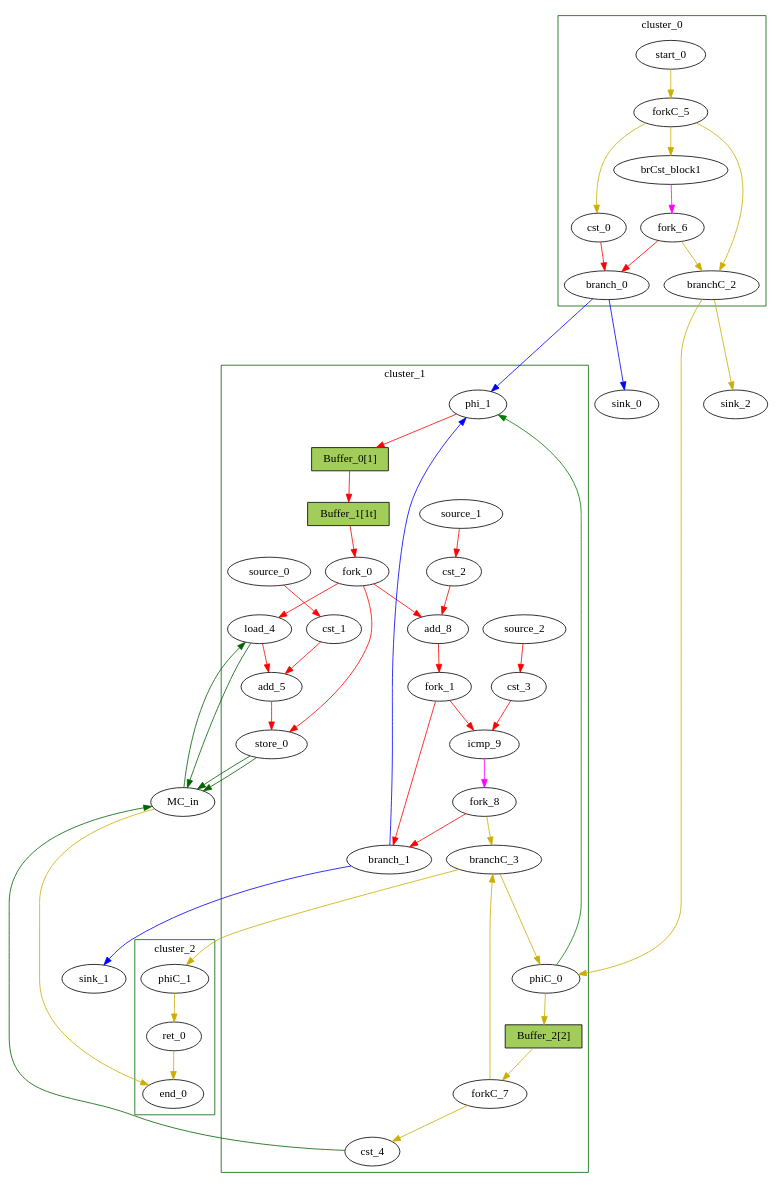
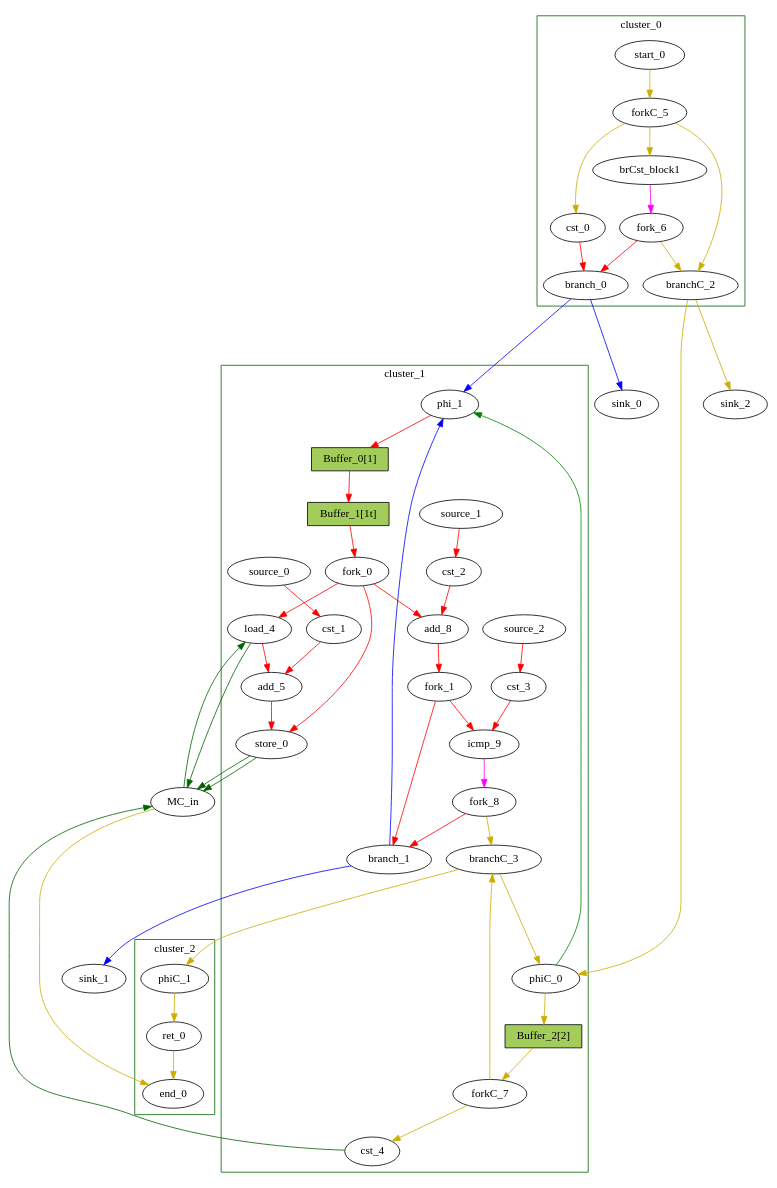
Before and after one commit to Nozidoali/MapBuf: the diagram in RegressionTest/BestResults/invertion/invertion_milp.dot, drawn with Graphviz. The commit also changed 6 other files, not shown here.

```diff
--- a/RegressionTest/BestResults/invertion/invertion_milp.dot
+++ b/RegressionTest/BestResults/invertion/invertion_milp.dot
@@ -1,101 +1,101 @@
 Digraph G {
 	splines=spline;
-	subgraph cluster_cluster_0 {
-	color = "darkgreen";
-label = "cluster_0";
-		"brCst_block1" [type="Constant", in="in1:1", out="out1:1", bbID=1, value="0x1"];
-		"cst_0" [type="Constant", in="in1:1", out="out1:1", bbID=1, value="0x00000000"];
-		"branch_0" [type="Branch", in="in1:1 in2?:1", out="out1+:1 out2-:1", bbID=1];
-		"start_0" [type="Entry", in="in1:0", out="out1:0", bbID=1, control="true"];
-		"forkC_5" [type="Fork", in="in1:0", out="out1:0 out2:0 out3:0 ", bbID=1];
-		"branchC_2" [type="Branch", in="in1:0 in2?:1", out="out1+:0 out2-:0", bbID=1];
-		"fork_6" [type="Fork", in="in1:1", out="out1:1 out2:1 ", bbID=1];
-	}
 	subgraph cluster_cluster_1 {
 	color = "darkgreen";
 label = "cluster_1";
 		"phi_1" [type="Mux", in="in1?:1 in2:10 in3:10 ", out="out1:10", bbID=2, delay=1.397];
 		"load_4" [type="Operator", in="in1:32 in2:10 ", out="out1:32 out2:10 ", bbID=2, II=1, delay=1.412, latency=2, op="mc_load_op", portId=0];
 		"cst_1" [type="Constant", in="in1:32", out="out1:32", bbID=2, value="0xFFFFFFFF"];
 		"add_5" [type="Operator", in="in1:32 in2:32 ", out="out1:32 ", bbID=2, II=1, delay=2.287, latency=0, op="add_op"];
 		"store_0" [type="Operator", in="in1:32 in2:10 ", out="out1:32 out2:10 ", bbID=2, II=1, delay=0.672, latency=0, op="mc_store_op", portId=0];
 		"cst_2" [type="Constant", in="in1:1", out="out1:1", bbID=2, value="0x00000001"];
 		"add_8" [type="Operator", in="in1:10 in2:10 ", out="out1:10 ", bbID=2, II=1, delay=2.287, latency=0, op="add_op"];
 		"cst_3" [type="Constant", in="in1:10", out="out1:10", bbID=2, value="0x000003E9"];
 		"icmp_9" [type="Operator", in="in1:10 in2:10 ", out="out1:1 ", bbID=2, II=1, delay=1.907, latency=0, op="icmp_ult_op"];
 		"fork_0" [type="Fork", in="in1:10", out="out1:10 out2:10 out3:10 ", bbID=2];
 		"fork_1" [type="Fork", in="in1:10", out="out1:10 out2:10 ", bbID=2];
 		"branch_1" [type="Branch", in="in1:10 in2?:1", out="out1+:10 out2-:10", bbID=2];
 		"cst_4" [type="Constant", in="in1:1", out="out1:1", bbID=2, value="0x00000001"];
 		"phiC_0" [type="CntrlMerge", in="in1:0 in2:0 ", out="out1:0 out2?:1", bbID=2, delay=0.0];
 		"forkC_7" [type="Fork", in="in1:0", out="out1:0 out2:0 ", bbID=2];
 		"branchC_3" [type="Branch", in="in1:0 in2?:1", out="out1+:0 out2-:0", bbID=2];
 		"fork_8" [type="Fork", in="in1:1", out="out1:1 out2:1 ", bbID=2];
 		"source_0" [type="Source", out="out1:32", bbID=2];
 		"source_1" [type="Source", out="out1:1", bbID=2];
 		"source_2" [type="Source", out="out1:10", bbID=2];
-		"Buffer_0" [type="Buffer", in="in1:32", out="out1:32", bbID=3, fillcolor="darkolivegreen3", height=0.4, label="Buffer_0[1]", shape="box", slots=1, style="filled", transparent="false"];
-		"Buffer_1" [type="Buffer", in="in1:32", out="out1:32", bbID=3, fillcolor="darkolivegreen3", height=0.4, label="Buffer_1[1t]", shape="box", slots=1, style="filled", transparent="true"];
-		"Buffer_2" [type="Buffer", in="in1:32", out="out1:32", bbID=3, fillcolor="darkolivegreen3", height=0.4, label="Buffer_2[2]", shape="box", slots=2, style="filled", transparent="false"];
+		"Buffer_0" [type="Buffer", in="in1:32", out="out1:32", bbID=3, slots=1, transparent=false, label="Buffer_0[1]", shape="box", style="filled", fillcolor="darkolivegreen3", height=0.4];
+		"Buffer_1" [type="Buffer", in="in1:32", out="out1:32", bbID=3, slots=1, transparent=true, label="Buffer_1[1t]", shape="box", style="filled", fillcolor="darkolivegreen3", height=0.4];
+		"Buffer_2" [type="Buffer", in="in1:32", out="out1:32", bbID=3, slots=2, transparent=false, label="Buffer_2[2]", shape="box", style="filled", fillcolor="darkolivegreen3", height=0.4];
 	}
 	subgraph cluster_cluster_2 {
 	color = "darkgreen";
 label = "cluster_2";
 		"ret_0" [type="Operator", in="in1:0 ", out="out1:0 ", bbID=3, II=1, delay=0.0, latency=0, op="ret_op"];
 		"end_0" [type="Exit", in="in1:0*e in2:0 ", out="out1:0", bbID=0];
 		"phiC_1" [type="Merge", in="in1:0 ", out="out1:0", bbID=3, delay=0.0];
+	}
+	subgraph cluster_cluster_0 {
+	color = "darkgreen";
+label = "cluster_0";
+		"brCst_block1" [type="Constant", in="in1:1", out="out1:1", bbID=1, value="0x1"];
+		"cst_0" [type="Constant", in="in1:1", out="out1:1", bbID=1, value="0x00000000"];
+		"branch_0" [type="Branch", in="in1:1 in2?:1", out="out1+:1 out2-:1", bbID=1];
+		"start_0" [type="Entry", in="in1:0", out="out1:0", bbID=1, control="true"];
+		"forkC_5" [type="Fork", in="in1:0", out="out1:0 out2:0 out3:0 ", bbID=1];
+		"branchC_2" [type="Branch", in="in1:0 in2?:1", out="out1+:0 out2-:0", bbID=1];
+		"fork_6" [type="Fork", in="in1:1", out="out1:1 out2:1 ", bbID=1];
 	}
 		"MC_in" [type="MC", in="in1:32*c0 in2:10*l0a in3:10*s0a in4:32*s0d ", out="out1:32*l0d out2:0*e ", bbID=0, bbcount=1, ldcount=1, memory="in", stcount=1];
 		"sink_0" [type="Sink", in="in1:1", bbID=0];
 		"sink_1" [type="Sink", in="in1:10", bbID=0];
 		"sink_2" [type="Sink", in="in1:0", bbID=0];
 		"brCst_block1" -> "fork_6" [color = "magenta", from = "out1", to = "in1"];
 		"cst_0" -> "branch_0" [color = "red", from = "out1", to = "in1"];
 		"phi_1" -> "Buffer_0" [color = "red", from = "out1", to = "in1"];
 		"load_4" -> "add_5" [color = "red", from = "out1", to = "in1"];
 		"load_4" -> "MC_in" [color = "darkgreen", mem_address = "true", from = "out2", to = "in2"];
 		"cst_1" -> "add_5" [color = "red", from = "out1", to = "in2"];
 		"add_5" -> "store_0" [color = "red", from = "out1", to = "in1"];
 		"store_0" -> "MC_in" [color = "darkgreen", mem_address = "true", from = "out2", to = "in3"];
 		"store_0" -> "MC_in" [color = "darkgreen", mem_address = "false", from = "out1", to = "in4"];
 		"cst_2" -> "add_8" [color = "red", from = "out1", to = "in2"];
 		"add_8" -> "fork_1" [color = "red", from = "out1", to = "in1"];
 		"cst_3" -> "icmp_9" [color = "red", from = "out1", to = "in2"];
 		"icmp_9" -> "fork_8" [color = "magenta", from = "out1", to = "in1"];
 		"ret_0" -> "end_0" [color = "gold3", from = "out1", to = "in2"];
 		"fork_0" -> "load_4" [color = "red", from = "out2", to = "in2"];
 		"fork_0" -> "store_0" [color = "red", from = "out3", to = "in2"];
 		"fork_0" -> "add_8" [color = "red", from = "out1", to = "in1"];
 		"fork_1" -> "icmp_9" [color = "red", from = "out1", to = "in1"];
 		"fork_1" -> "branch_1" [color = "red", from = "out2", to = "in1"];
 		"branch_0" -> "phi_1" [color = "blue", from = "out1", to = "in2", minlen = 3];
 		"branch_0" -> "sink_0" [color = "blue", from = "out2", to = "in1", minlen = 3];
 		"branch_1" -> "phi_1" [color = "blue", from = "out1", to = "in3", minlen = 3];
 		"branch_1" -> "sink_1" [color = "blue", from = "out2", to = "in1", minlen = 3];
 		"MC_in" -> "load_4" [color = "darkgreen", mem_address = "false", from = "out1", to = "in1"];
 		"MC_in" -> "end_0" [color = "gold3", from = "out2", to = "in1"];
 		"cst_4" -> "MC_in" [color = "darkgreen", from = "out1", to = "in1"];
 		"start_0" -> "forkC_5" [color = "gold3", from = "out1", to = "in1"];
 		"forkC_5" -> "brCst_block1" [color = "gold3", from = "out3", to = "in1"];
 		"forkC_5" -> "cst_0" [color = "gold3", from = "out1", to = "in1"];
 		"forkC_5" -> "branchC_2" [color = "gold3", from = "out2", to = "in1"];
 		"branchC_2" -> "phiC_0" [color = "gold3", from = "out1", to = "in1", minlen = 3];
 		"branchC_2" -> "sink_2" [color = "gold3", from = "out2", to = "in1", minlen = 3];
 		"fork_6" -> "branch_0" [color = "red", from = "out1", to = "in2"];
 		"fork_6" -> "branchC_2" [color = "gold3", from = "out2", to = "in2"];
 		"phiC_0" -> "phi_1" [color = "green", from = "out2", to = "in1"];
 		"phiC_0" -> "Buffer_2" [color = "gold3", from = "out1", to = "in1"];
 		"forkC_7" -> "cst_4" [color = "gold3", from = "out1", to = "in1"];
 		"forkC_7" -> "branchC_3" [color = "gold3", from = "out2", to = "in1"];
 		"branchC_3" -> "phiC_0" [color = "gold3", from = "out1", to = "in2", minlen = 3];
 		"branchC_3" -> "phiC_1" [color = "gold3", from = "out2", to = "in1", minlen = 3];
 		"fork_8" -> "branch_1" [color = "red", from = "out1", to = "in2"];
 		"fork_8" -> "branchC_3" [color = "gold3", from = "out2", to = "in2"];
 		"phiC_1" -> "ret_0" [color = "gold3", from = "out1", to = "in1"];
 		"source_0" -> "cst_1" [color = "red", from = "out1", to = "in1"];
 		"source_1" -> "cst_2" [color = "red", from = "out1", to = "in1"];
 		"source_2" -> "cst_3" [color = "red", from = "out1", to = "in1"];
 		"Buffer_0" -> "Buffer_1" [color = "red", from = "out1", to = "in1"];
 		"Buffer_1" -> "fork_0" [color = "red", from = "out1", to = "in1"];
 		"Buffer_2" -> "forkC_7" [color = "gold3", from = "out1", to = "in1"];
 }
```
